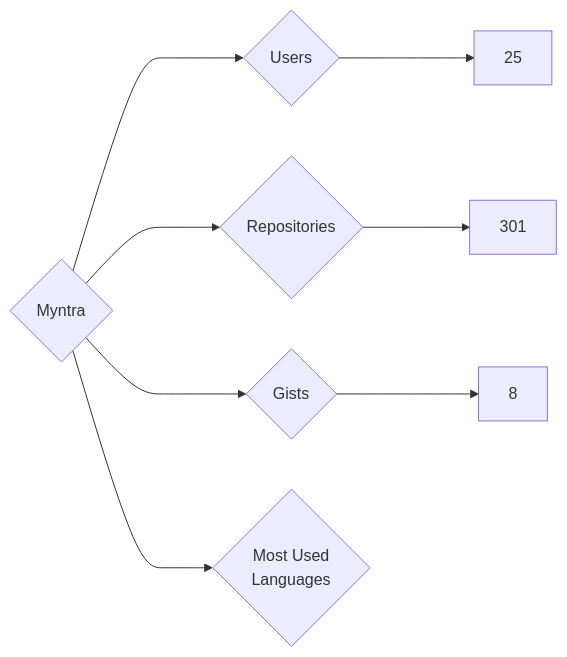
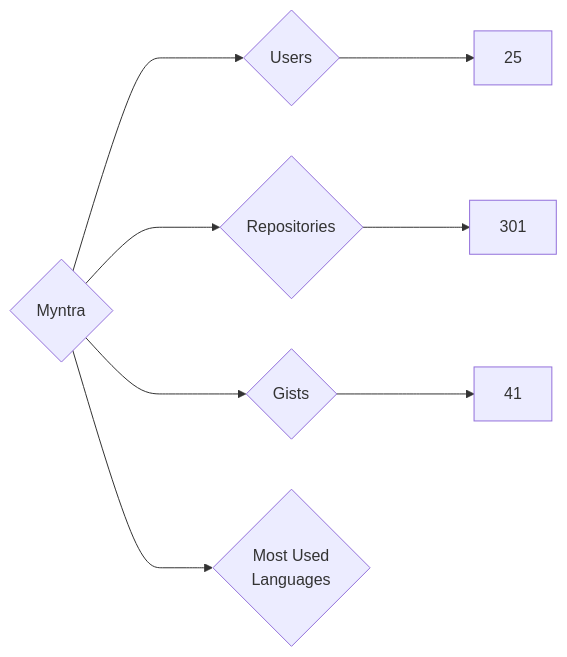
One commit to nenadzaric/insiders changed the diagram in targets/Myntra/README.md. Above: the diagram before and after it, drawn with Mermaid. The commit also changed 1342 other files, not shown here.

````diff
--- a/targets/Myntra/README.md
+++ b/targets/Myntra/README.md
@@ -3,8 +3,8 @@
 ```mermaid
 graph LR
 COMPANY_NAME{Myntra}
 COMPANY_NAME ---> U{Users} ---> UN[25]
 COMPANY_NAME ---> R{Repositories} ---> RN[301]
-COMPANY_NAME ---> G{Gists} ---> GN[8]
+COMPANY_NAME ---> G{Gists} ---> GN[41]
 COMPANY_NAME ---> ML{Most Used<br>Languages}
 ```
````
